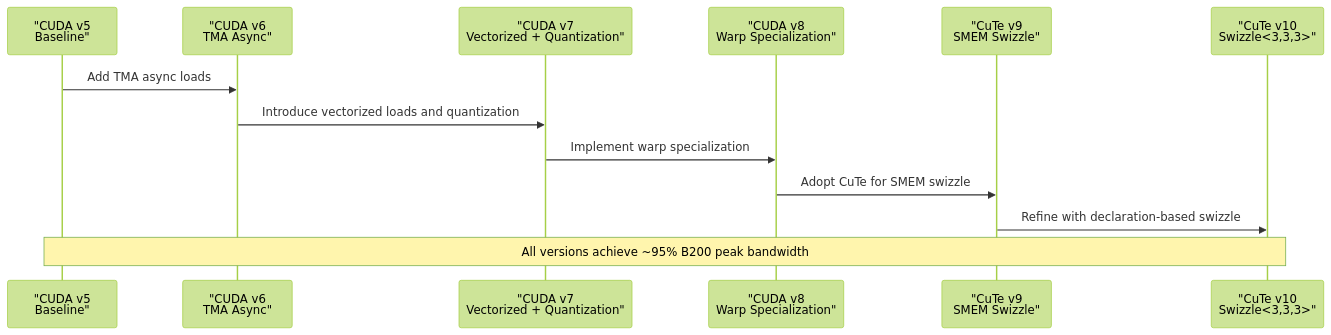
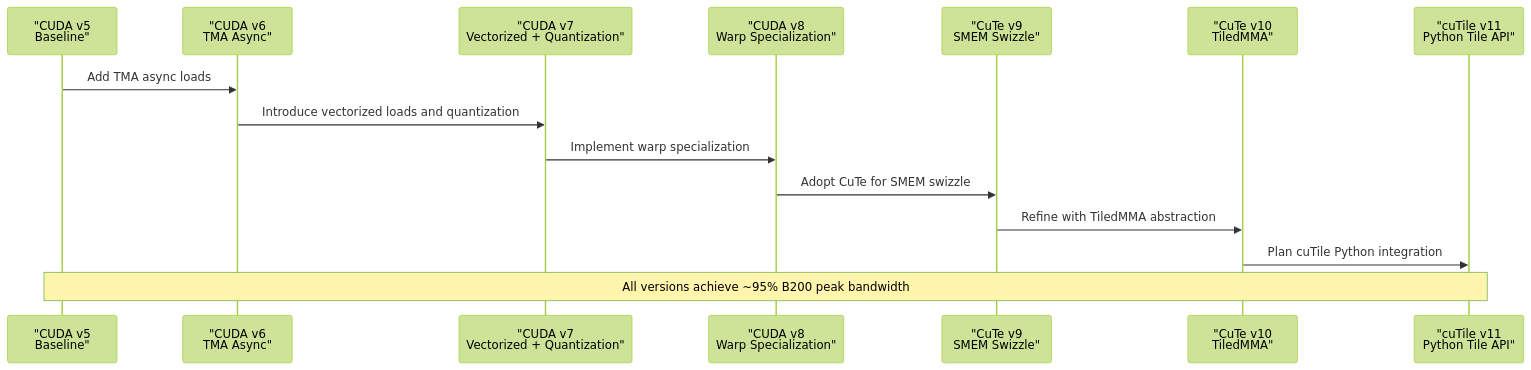
The second of 10 diagrams in .qoder/repowiki/en/content/Core Kernels/Tech Stack Comparison_ Raw CUDA vs CuTe vs Triton.md (gugudeshubao/flashinfer-bench-tma-thrust), drawn with Mermaid (forest theme) before and after one commit. The commit also changed other lines of this file and 3 other files, not shown here.

Commit message:
bench: verify all kernels pass on Modal B200 (decode 1140x, prefill 535x vs Python)

````diff
--- a/.qoder/repowiki/en/content/Core Kernels/Tech Stack Comparison_ Raw CUDA vs CuTe vs Triton.md
+++ b/.qoder/repowiki/en/content/Core Kernels/Tech Stack Comparison_ Raw CUDA vs CuTe vs Triton.md
@@ -116,15 +141,17 @@
 ```mermaid
 sequenceDiagram
 participant V5 as "CUDA v5<br/>Baseline"
 participant V6 as "CUDA v6<br/>TMA Async"
 participant V7 as "CUDA v7<br/>Vectorized + Quantization"
 participant V8 as "CUDA v8<br/>Warp Specialization"
 participant V9 as "CuTe v9<br/>SMEM Swizzle"
-participant V10 as "CuTe v10<br/>Swizzle<3,3,3>"
+participant V10 as "CuTe v10<br/>TiledMMA"
+participant V11 as "cuTile v11<br/>Python Tile API"
 V5->>V6 : Add TMA async loads
 V6->>V7 : Introduce vectorized loads and quantization
 V7->>V8 : Implement warp specialization
 V8->>V9 : Adopt CuTe for SMEM swizzle
-V9->>V10 : Refine with declaration-based swizzle
-Note over V5,V10 : All versions achieve ~95% B200 peak bandwidth
+V9->>V10 : Refine with TiledMMA abstraction
+V10->>V11 : Plan cuTile Python integration
+Note over V5,V11 : All versions achieve ~95% B200 peak bandwidth
 ```
````
